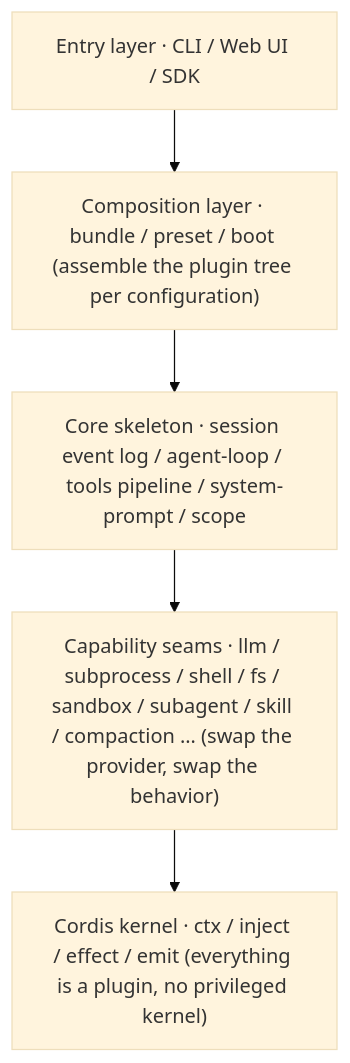
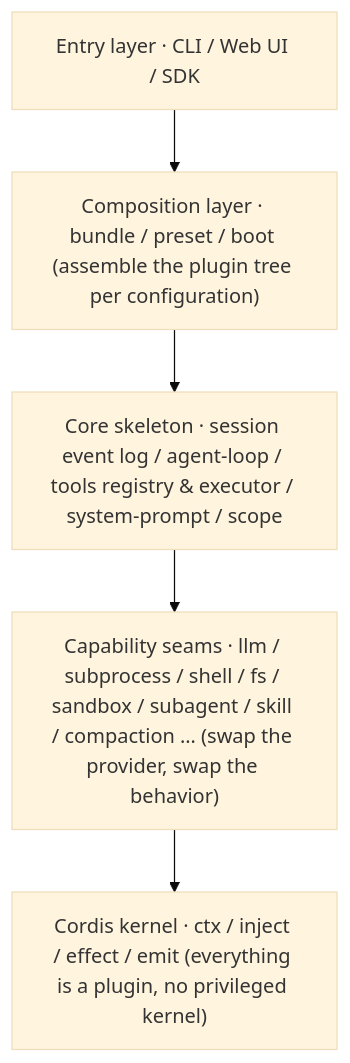
The diagram in README.md (ChenYu1991ppak/deepseek-harness-anatomy), drawn with Mermaid (base theme) before and after one commit. The commit also changed other lines of this file and 124 other files, not shown here.

````diff
--- a/README.md
+++ b/README.md
@@ -63,9 +65,9 @@
 ```mermaid
 flowchart TB
   ENTRY["Entry layer · CLI / Web UI / SDK"]
   COMPOSE["Composition layer · bundle / preset / boot (assemble the plugin tree per configuration)"]
-  CORE["Core skeleton · session event log / agent-loop / tools pipeline / system-prompt / scope"]
+  CORE["Core skeleton · session event log / agent-loop / tools registry & executor / system-prompt / scope"]
   SEAMS["Capability seams · llm / subprocess / shell / fs / sandbox / subagent / skill / compaction … (swap the provider, swap the behavior)"]
   KERNEL["Cordis kernel · ctx / inject / effect / emit (everything is a plugin, no privileged kernel)"]
   ENTRY --> COMPOSE --> CORE --> SEAMS --> KERNEL
 ```
````
